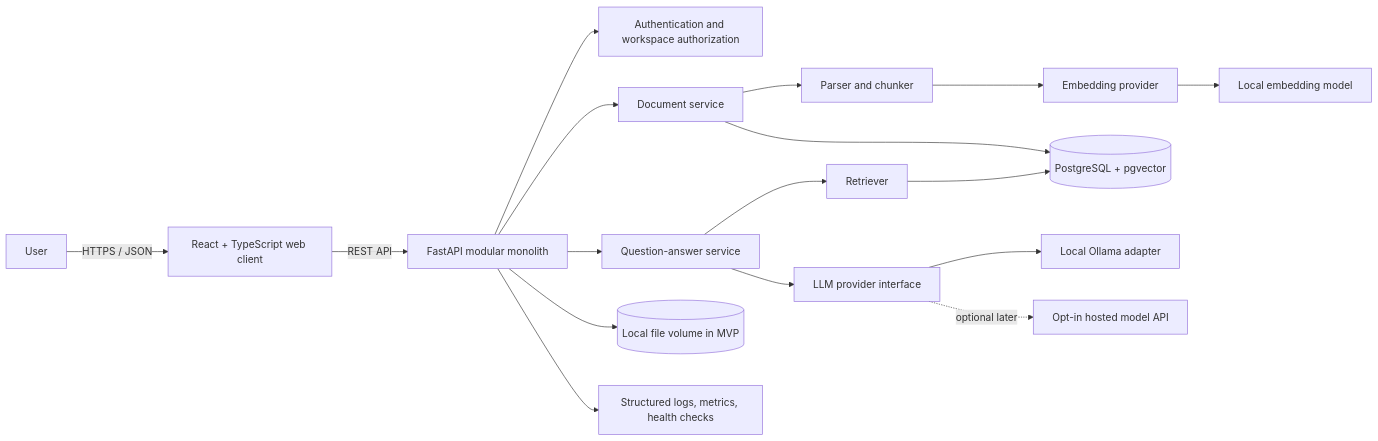
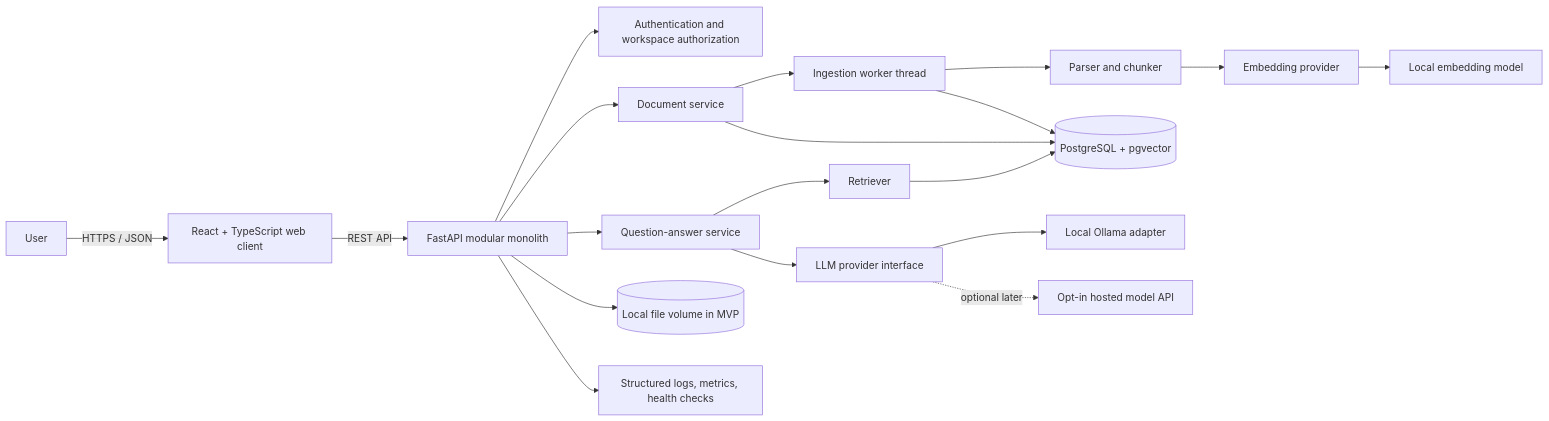
Before and after one commit to tatpudiarvind/evidence-backed-knowledge-assistant: the first of 4 diagrams in README.md, drawn with Mermaid. The commit also changed other lines of this file and 43 other files, not shown here.

````diff
--- a/README.md
+++ b/README.md
@@ -72,19 +72,21 @@
 ```mermaid
 flowchart LR
     U[User] -->|HTTPS / JSON| WEB[React + TypeScript web client]
     WEB -->|REST API| API[FastAPI modular monolith]
     API --> AUTH[Authentication and workspace authorization]
     API --> DOC[Document service]
     API --> QA[Question-answer service]
-    DOC --> PARSE[Parser and chunker]
+    DOC --> ING[Ingestion worker thread]
+    ING --> PARSE[Parser and chunker]
     PARSE --> EMB[Embedding provider]
     QA --> RET[Retriever]
     RET --> DB[(PostgreSQL + pgvector)]
     DOC --> DB
+    ING --> DB
     API --> STORE[(Local file volume in MVP)]
     QA --> LLM[LLM provider interface]
     EMB --> LOCAL[Local embedding model]
     LLM --> OLLAMA[Local Ollama adapter]
     LLM -. optional later .-> HOSTED[Opt-in hosted model API]
     API --> OBS[Structured logs, metrics, health checks]
 ```
````
